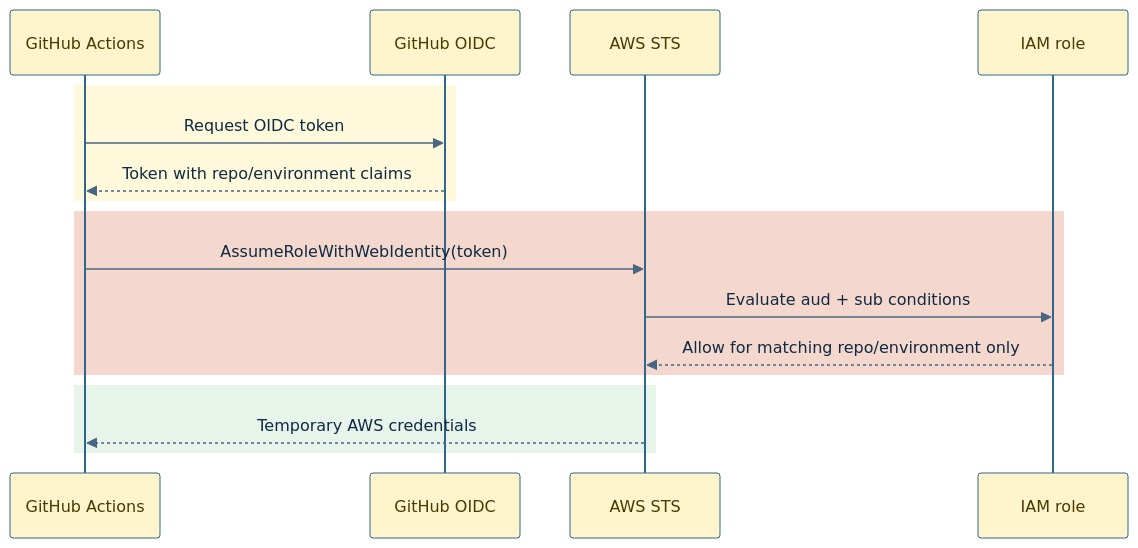
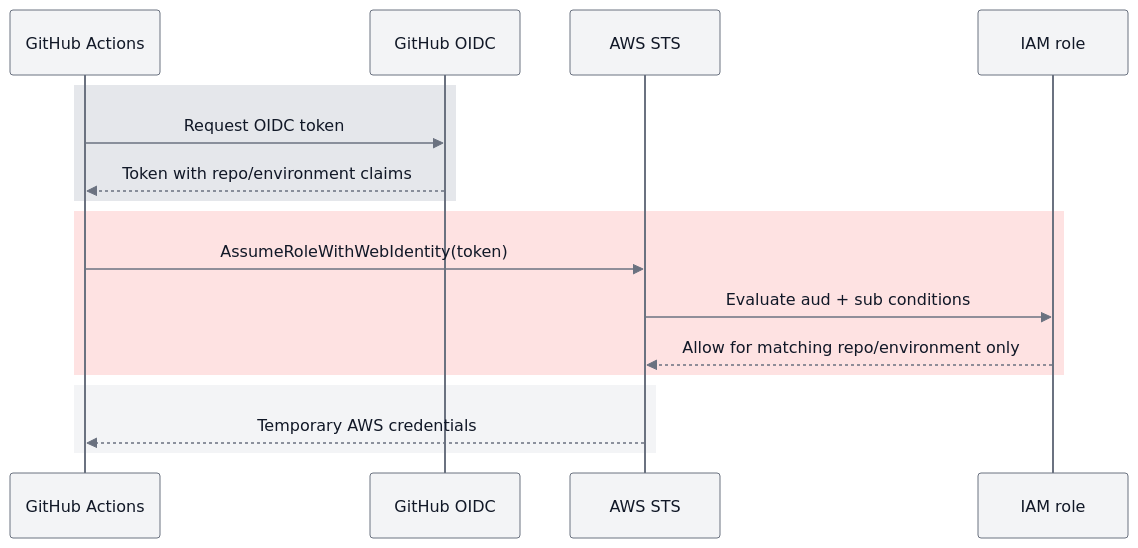
One commit to reiganarmstrong/check-split-mono changed the second of 2 diagrams in infra/modules/github-actions-auth/README.md. Above: the diagram before and after it, drawn with Mermaid. The commit also changed other lines of this file and 9 other files, not shown here.

First line of the commit message:
docs(readme): align architecture diagrams and hosting docs

````diff
--- a/infra/modules/github-actions-auth/README.md
+++ b/infra/modules/github-actions-auth/README.md
@@ -64,36 +72,36 @@
 ```mermaid
 ---
 config:
   theme: base
   themeVariables:
     primaryColor: "#D9EAFD"
     primaryTextColor: "#102A43"
     primaryBorderColor: "#2F6690"
-    actorBorder: "#2F6690"
-    actorBkg: "#FFF4CC"
-    actorTextColor: "#4A3A00"
-    signalColor: "#486581"
-    signalTextColor: "#102A43"
-    labelBoxBkgColor: "#E6F4EA"
-    labelBoxBorderColor: "#3C6E47"
-    labelTextColor: "#132A13"
+    actorBorder: "#6B7280"
+    actorBkg: "#F3F4F6"
+    actorTextColor: "#111827"
+    signalColor: "#6B7280"
+    signalTextColor: "#111827"
+    labelBoxBkgColor: "#F9FAFB"
+    labelBoxBorderColor: "#D1D5DB"
+    labelTextColor: "#111827"
 ---
 sequenceDiagram
   participant GH as GitHub Actions
   participant OIDC as GitHub OIDC
   participant STS as AWS STS
   participant IAM as IAM role
 
-  rect rgb(255, 249, 219)
+  rect rgb(229, 231, 235)
   GH->>OIDC: Request OIDC token
   OIDC-->>GH: Token with repo/environment claims
   end
-  rect rgb(244, 216, 205)
+  rect rgb(254, 226, 226)
   GH->>STS: AssumeRoleWithWebIdentity(token)
   STS->>IAM: Evaluate aud + sub conditions
   IAM-->>STS: Allow for matching repo/environment only
   end
-  rect rgb(230, 244, 234)
+  rect rgb(243, 244, 246)
   STS-->>GH: Temporary AWS credentials
   end
 ```
````
